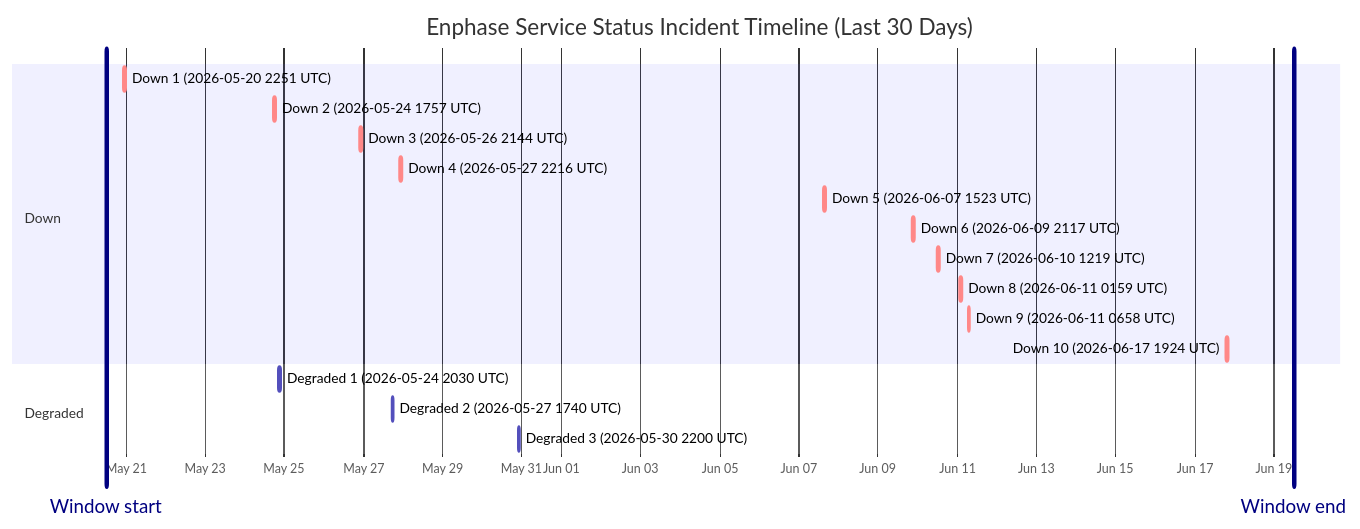
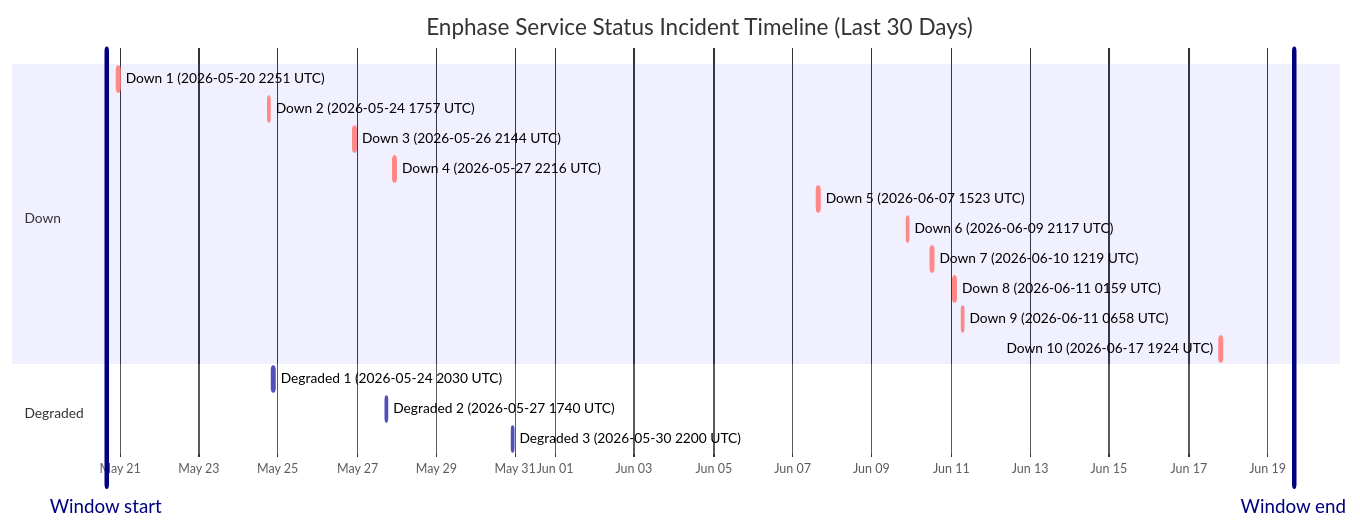
The diagram in wiki/Service-Status-History.md (barneyonline/ha-enphase-energy), drawn with Mermaid before and after one commit. The commit also changed other lines of this file and 3 other files, not shown here.

````diff
--- a/wiki/Service-Status-History.md
+++ b/wiki/Service-Status-History.md
@@ -14,23 +14,23 @@
 ```mermaid
 gantt
     title Enphase Service Status Incident Timeline (Last 30 Days)
     dateFormat  YYYY-MM-DDTHH:mm:ss
     axisFormat  %b %d
-    Window start :vert, window-start, 2026-05-20T12:04:58, 0ms
-    Window end :vert, window-end, 2026-06-19T12:04:58, 0ms
+    Window start :vert, window-start, 2026-05-20T15:47:49, 0ms
+    Window end :vert, window-end, 2026-06-19T15:47:49, 0ms
     section Down
     Down 1 (2026-05-20 2251 UTC) :crit, down-1, 2026-05-20T22:51:14, 75m
     Down 2 (2026-05-24 1757 UTC) :crit, down-2, 2026-05-24T17:57:41, 86m
     Down 3 (2026-05-26 2144 UTC) :crit, down-3, 2026-05-26T21:44:11, 85m
     Down 4 (2026-05-27 2216 UTC) :crit, down-4, 2026-05-27T22:16:53, 87m
     Down 5 (2026-06-07 1523 UTC) :crit, down-5, 2026-06-07T15:23:22, 87m
     Down 6 (2026-06-09 2117 UTC) :crit, down-6, 2026-06-09T21:17:17, 60m
     Down 7 (2026-06-10 1219 UTC) :crit, down-7, 2026-06-10T12:19:21, 60m
     Down 8 (2026-06-11 0159 UTC) :crit, down-8, 2026-06-11T01:59:36, 60m
     Down 9 (2026-06-11 0658 UTC) :crit, down-9, 2026-06-11T06:58:45, 60m
     Down 10 (2026-06-17 1924 UTC) :crit, down-10, 2026-06-17T19:24:51, 60m
     section Degraded
     Degraded 1 (2026-05-24 2030 UTC) :active, degraded-1, 2026-05-24T20:30:57, 84m
     Degraded 2 (2026-05-27 1740 UTC) :active, degraded-2, 2026-05-27T17:40:52, 60m
     Degraded 3 (2026-05-30 2200 UTC) :active, degraded-3, 2026-05-30T22:00:37, 60m
 ```
````
